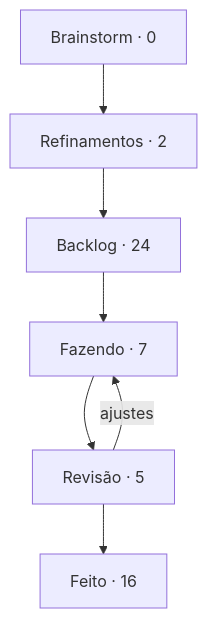
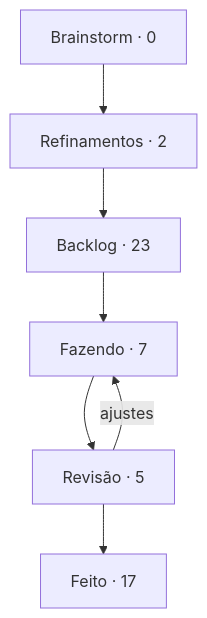
The diagram in boards/dungeon-bend/BOARD.md (StudioVibi/VibiKanban), drawn with Mermaid before and after one commit. The commit also changed other lines of this file and 1 other file, not shown here.

Commit message:
board: DB-36 Backlog → Feito (@Leon-nis)

````diff
--- a/boards/dungeon-bend/BOARD.md
+++ b/boards/dungeon-bend/BOARD.md
@@ -5,12 +5,12 @@
 ```mermaid
 flowchart TD
   brainstorm["Brainstorm · 0"] --> refinamentos["Refinamentos · 2"]
-  refinamentos --> backlog["Backlog · 24"]
+  refinamentos --> backlog["Backlog · 23"]
   backlog --> doing["Fazendo · 7"]
   doing --> review["Revisão · 5"]
-  review --> done["Feito · 16"]
+  review --> done["Feito · 17"]
   review -->|ajustes| doing
   doing:::blue
   review:::yellow
   done:::green
 ```
````
